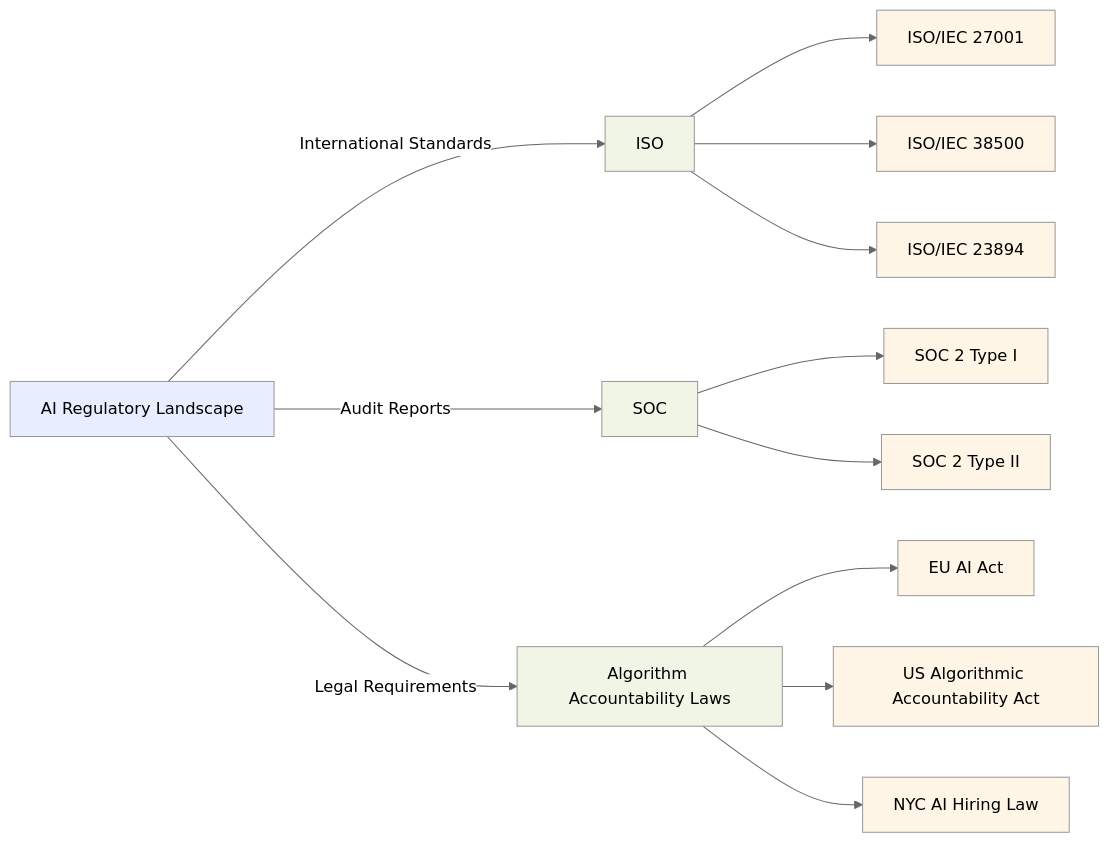
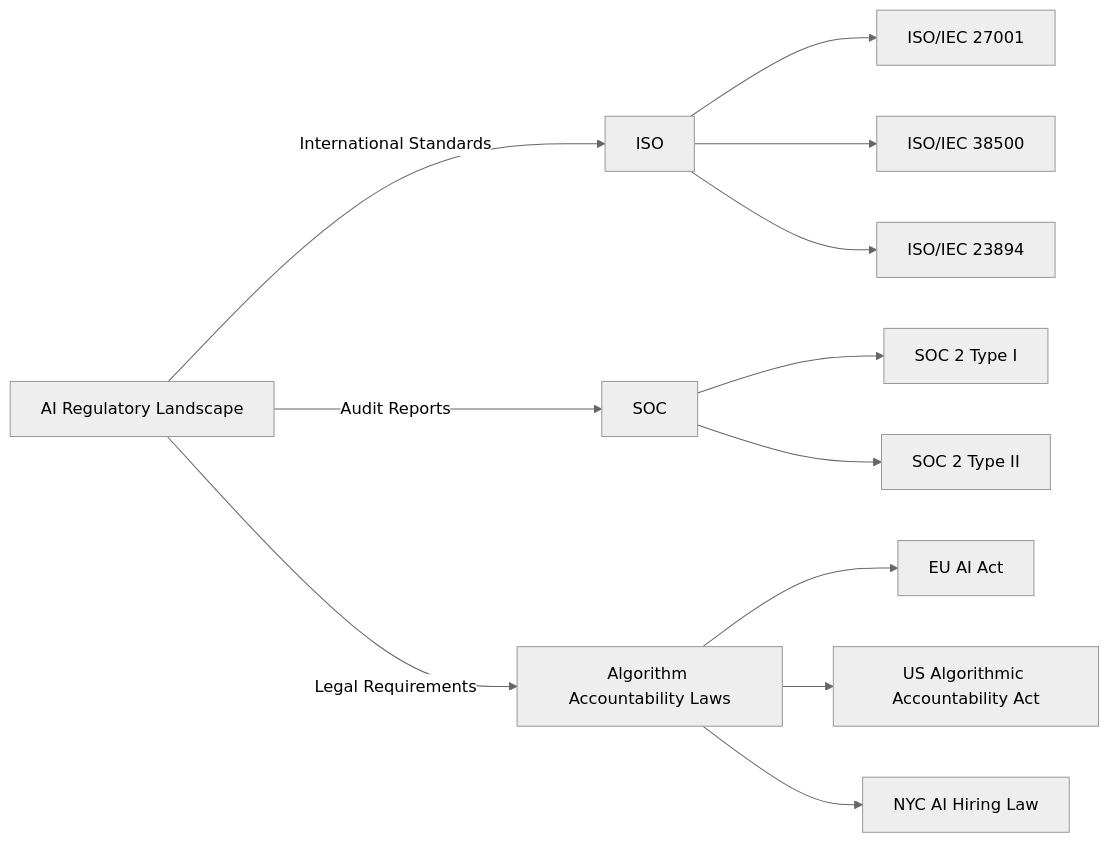
One commit to CloudCityPress/aws-aif-c01 changed the first of 2 diagrams in english/50_20_Governance_and_compliance_regulations_for_AI_systems.md. Above: the diagram before and after it, drawn with Mermaid (neutral theme). The commit also changed other lines of this file and 16 other files, not shown here.

Commit message:
updating Mermaids

````diff
--- a/english/50_20_Governance_and_compliance_regulations_for_AI_systems.md
+++ b/english/50_20_Governance_and_compliance_regulations_for_AI_systems.md
@@ -45,26 +45,15 @@
 ```mermaid
 flowchart LR
     A[AI Regulatory Landscape] -->|International Standards| B[ISO]
     A -->|Audit Reports| C[SOC]
     A -->|Legal Requirements| D[Algorithm Accountability Laws]
     B --> E[ISO/IEC 27001]
     B --> F[ISO/IEC 38500]
     B --> G[ISO/IEC 23894]
     C --> H[SOC 2 Type I]
     C --> I[SOC 2 Type II]
     D --> J[EU AI Act]
     D --> K[US Algorithmic Accountability Act]
     D --> L[NYC AI Hiring Law]
-    style A fill:#e6eeff
-    style B fill:#f0f5e6
-    style C fill:#f0f5e6
-    style D fill:#f0f5e6
-    style E fill:#fff5e6
-    style F fill:#fff5e6
-    style G fill:#fff5e6
-    style H fill:#fff5e6
-    style I fill:#fff5e6
-    style J fill:#fff5e6
-    style K fill:#fff5e6
-    style L fill:#fff5e6
+
 ```
````
